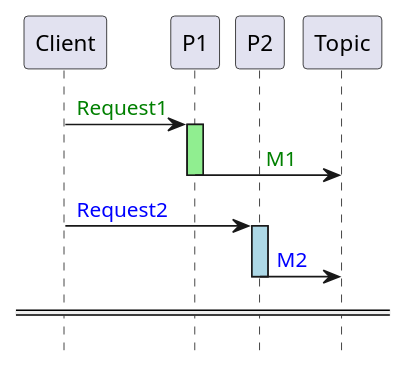
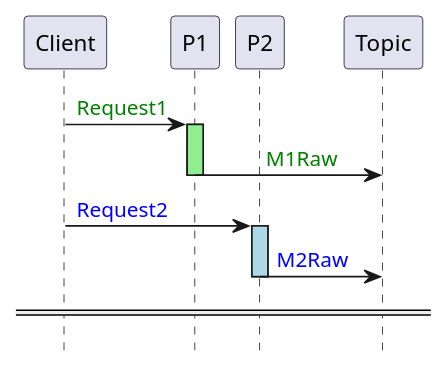
Before and after one commit to victorrentea/kafka: the diagram in patterns/devoxx/2_producer_send_asap.puml, drawn with PlantUML.

```diff
--- a/patterns/devoxx/2_producer_send_asap.puml
+++ b/patterns/devoxx/2_producer_send_asap.puml
@@ -1,26 +1,26 @@
 @startuml
 'title Producer Race
 hide footbox
 participant Client
 participant P1
 participant P2
 
 Client->P1++ #lightgreen: <font color=green>Request1
-Topic<-P1--: <font color=green>           M1
+Topic<-P1--: <font color=green>           M1Raw
 Client->P2++ #lightblue: <font color=blue>Request2
-Topic<-P2--: <font color=blue> M2
+Topic<-P2--: <font color=blue> M2Raw
 ====
 '⭐️ Uncomment below, in chunks
 'hnote over Processor: 1 thread
-'Topic->Processor++ #lightgreen: <font color=green>M1
-
+'Topic->Processor++ #lightgreen: <font color=green>M1Raw
+'
 'Processor->Network++ #lightgreen: <font color=green>call
 'Processor<--Network--
-
+'
 'Topic2<-Processor--: <font color=green>                     M1Full
-
-'Topic->Processor++ #lightblue: <font color=blue>M2
+'
+'Topic->Processor++ #lightblue: <font color=blue>M2Raw
 'Processor->Network++ #lightblue: <font color=blue>call
 'Processor<--Network--
 'Topic2<-Processor--: <font color=blue>                      M2Full
 @enduml
```
